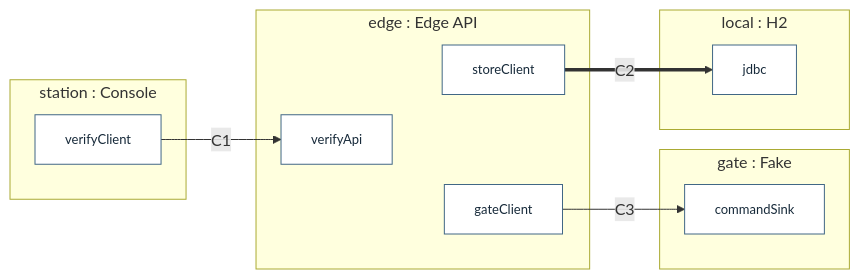
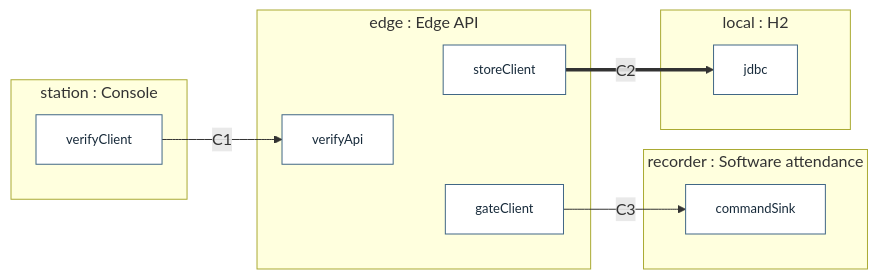
Before and after one commit to lazy128/tmc-qr-attendance: the second of 5 diagrams in README.md, drawn with Mermaid. The commit also changed other lines of this file and 63 other files, not shown here.

````diff
--- a/README.md
+++ b/README.md
@@ -236,24 +158,24 @@
 ```mermaid
 flowchart LR
   subgraph S["station : Console"]
     sv["verifyClient"]
   end
   subgraph E["edge : Edge API"]
     ev["verifyApi"]
     ej["storeClient"]
     eg["gateClient"]
     ev ~~~ ej
     ev ~~~ eg
   end
-  subgraph G["gate : Fake"]
+  subgraph G["recorder : Software attendance"]
     gc["commandSink"]
   end
   subgraph D["local : H2"]
     dj["jdbc"]
   end
   sv -->|C1| ev
   ej ==>|C2| dj
   eg -->|C3| gc
   classDef port fill:#fff,stroke:#416785,color:#172a3a,font-size:13px;
   class sv,ev,ej,eg,gc,dj port;
 ```
````
